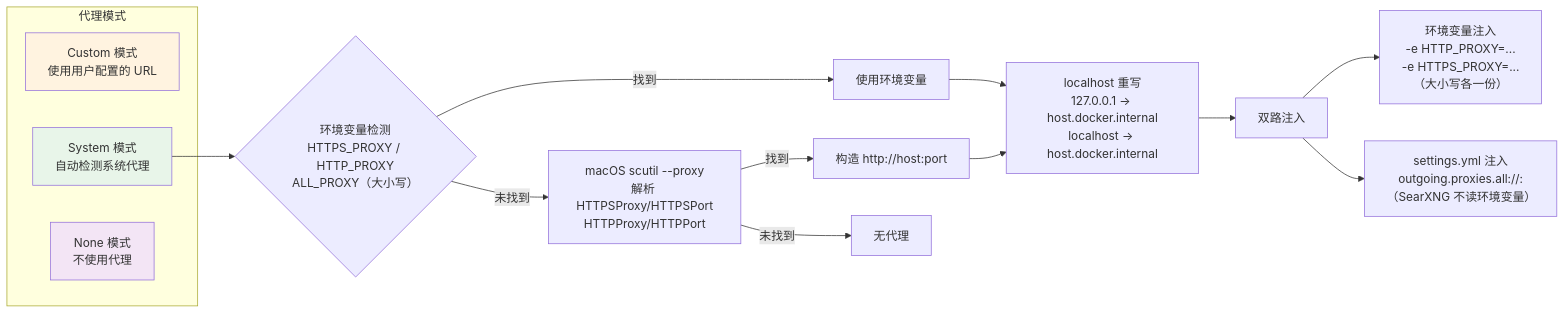
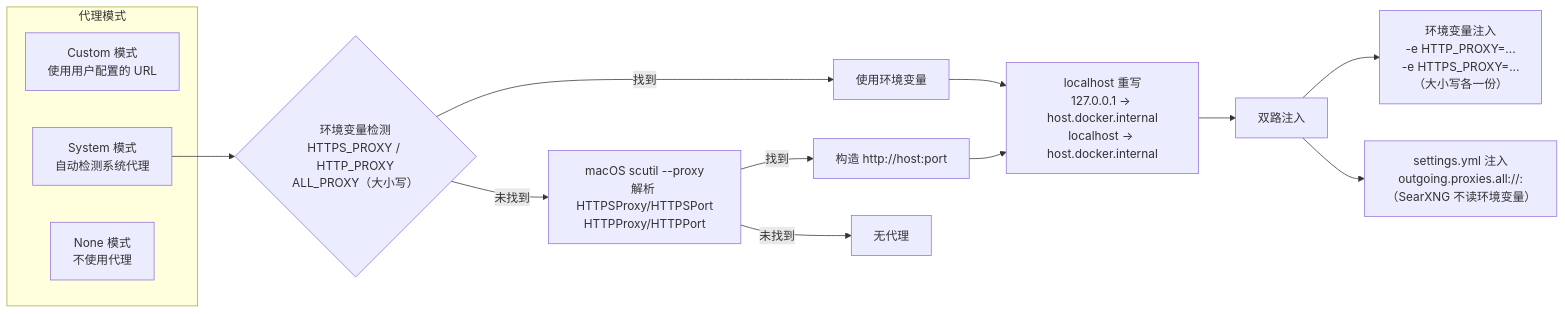
The second of 2 diagrams in docs/architecture/sandbox.md (shiwenwen/hope-agent), drawn with Mermaid before and after one commit. The commit also changed other lines of this file and 13 other files, not shown here.

First line of the commit message:
docs: 移除 mermaid 图表中的自定义背景色填充

````diff
--- a/docs/architecture/sandbox.md
+++ b/docs/architecture/sandbox.md
@@ -94,25 +91,22 @@
 ```mermaid
 flowchart LR
     subgraph 代理模式
         A["Custom 模式<br/>使用用户配置的 URL"]
         B["System 模式<br/>自动检测系统代理"]
         C["None 模式<br/>不使用代理"]
     end
 
     B --> D{"环境变量检测<br/>HTTPS_PROXY / HTTP_PROXY<br/>ALL_PROXY（大小写）"}
     D -->|找到| E["使用环境变量"]
     D -->|未找到| F["macOS scutil --proxy<br/>解析 HTTPSProxy/HTTPSPort<br/>HTTPProxy/HTTPPort"]
     F -->|找到| G["构造 http://host:port"]
     F -->|未找到| H["无代理"]
 
     E --> I["localhost 重写<br/>127.0.0.1 → host.docker.internal<br/>localhost → host.docker.internal"]
     G --> I
 
     I --> J["双路注入"]
     J --> K["环境变量注入<br/>-e HTTP_PROXY=...<br/>-e HTTPS_PROXY=...<br/>（大小写各一份）"]
     J --> L["settings.yml 注入<br/>outgoing.proxies.all://:<br/>（SearXNG 不读环境变量）"]
 
-    style A fill:#fff3e0
-    style B fill:#e8f5e9
-    style C fill:#f3e5f5
 ```
````
